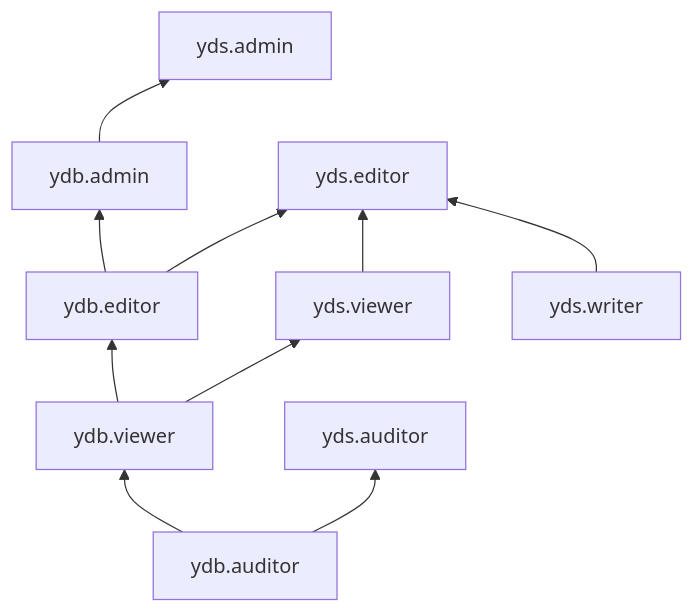
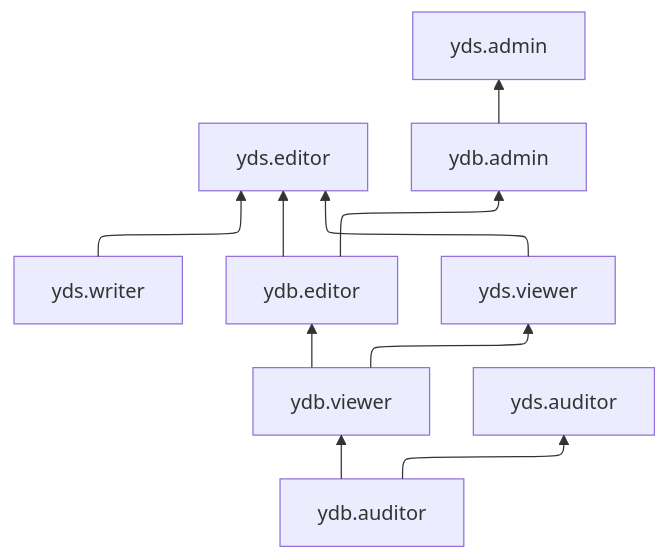
One commit to yandex-cloud/docs changed the diagram in ru/_mermaid/roles/data-streams.md. Above: the diagram before and after it, drawn with Mermaid. The commit also changed 883 other files, not shown here.

````diff
--- a/ru/_mermaid/roles/data-streams.md
+++ b/ru/_mermaid/roles/data-streams.md
@@ -1,14 +1,13 @@
 ```mermaid
+%%{init: {"flowchart": {'defaultRenderer': 'elk'}} }%%
 flowchart BT
-    yds.editor ~~~ yds.admin
+    yds.writer --> yds.editor
     ydb.editor --> yds.editor
     yds.viewer --> yds.editor
-    yds.auditor ~~~ yds.viewer
     ydb.admin --> yds.admin
     ydb.editor --> ydb.admin
-    yds.writer --> yds.editor
     ydb.viewer --> yds.viewer
     ydb.auditor --> yds.auditor
     ydb.viewer --> ydb.editor
     ydb.auditor --> ydb.viewer
 ```
````
